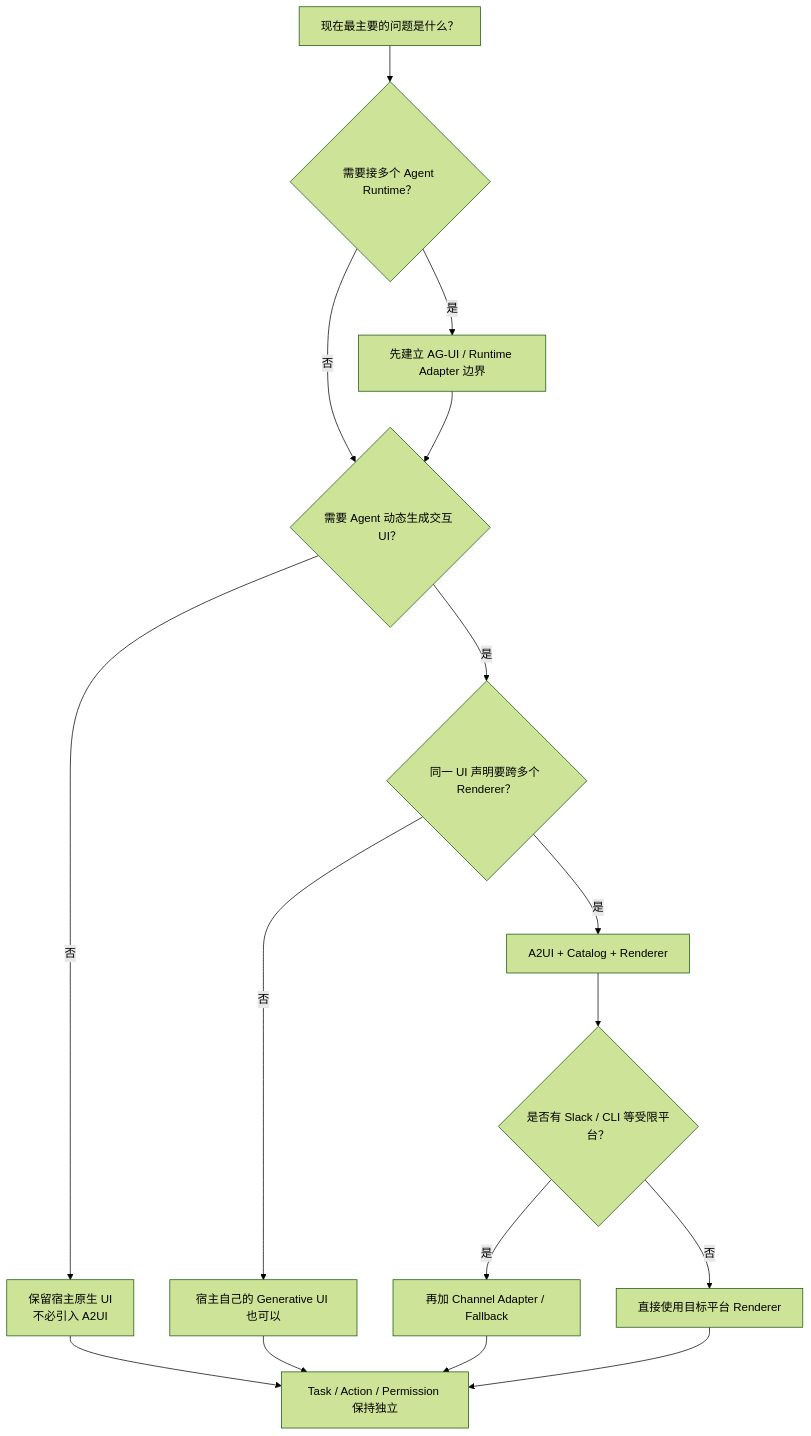
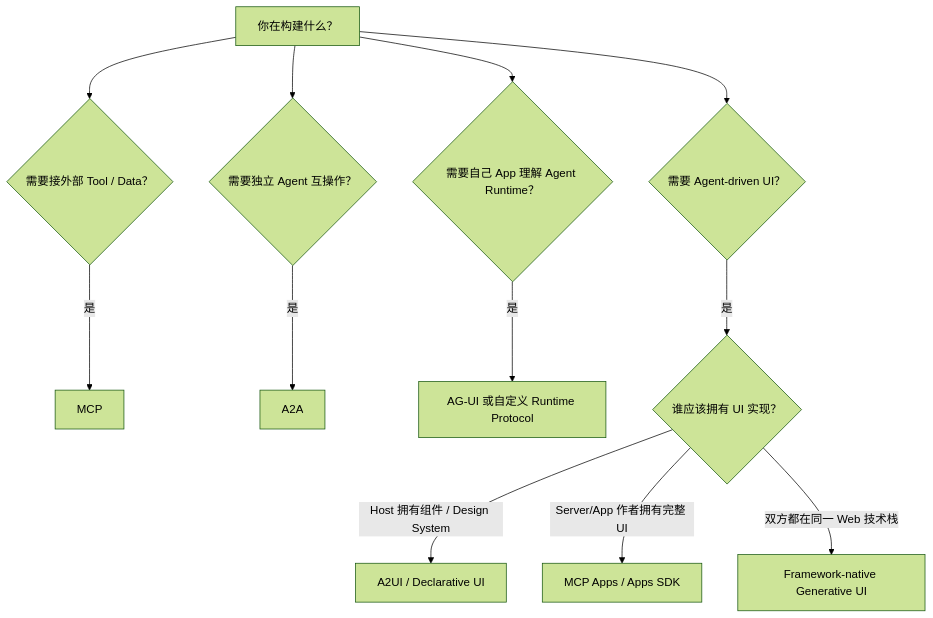
One commit to Nunchakus888/dossierkit changed the sixth of 19 diagrams in profiles/default/content/zh/notes/ag-ui-a2ui-agent-runtime-generative-ui-ai-native.mdx. Above: the diagram before and after it, drawn with Mermaid (forest theme). The commit also changed other lines of this file, not shown here.

Commit message:
Update note: 从聊天框到 AI 原生交互：跨 Agent、跨平台的应用架构

```diff
--- a/profiles/default/content/zh/notes/ag-ui-a2ui-agent-runtime-generative-ui-ai-native.mdx
+++ b/profiles/default/content/zh/notes/ag-ui-a2ui-agent-runtime-generative-ui-ai-native.mdx
@@ -460,23 +305,20 @@
 ~~~mermaid
 flowchart TB
-  A["现在最主要的问题是什么？"]
-  A --> B{"需要接多个 Agent Runtime？"}
-  B -->|是| C["先建立 AG-UI / Runtime Adapter 边界"]
-  B -->|否| D{"需要 Agent 动态生成交互 UI？"}
-  C --> D
+  A["你在构建什么？"]
 
-  D -->|否| E["保留宿主原生 UI\n不必引入 A2UI"]
-  D -->|是| F{"同一 UI 声明要跨多个 Renderer？"}
+  A --> B{"需要接外部 Tool / Data？"}
+  B -->|是| MCP["MCP"]
 
-  F -->|否| G["宿主自己的 Generative UI 也可以"]
-  F -->|是| H["A2UI + Catalog + Renderer"]
+  A --> C{"需要独立 Agent 互操作？"}
+  C -->|是| A2A["A2A"]
 
-  H --> I{"是否有 Slack / CLI 等受限平台？"}
-  I -->|是| J["再加 Channel Adapter / Fallback"]
-  I -->|否| K["直接使用目标平台 Renderer"]
+  A --> D{"需要自己 App 理解 Agent Runtime？"}
+  D -->|是| AG["AG-UI 或自定义 Runtime Protocol"]
 
-  E --> L["Task / Action / Permission 保持独立"]
-  G --> L
-  J --> L
-  K --> L
+  A --> E{"需要 Agent-driven UI？"}
+  E -->|是| F{"谁应该拥有 UI 实现？"}
+
+  F -->|Host 拥有组件 / Design System| A2UI["A2UI / Declarative UI"]
+  F -->|Server/App 作者拥有完整 UI| APPS["MCP Apps / Apps SDK"]
+  F -->|双方都在同一 Web 技术栈| FW["Framework-native Generative UI"]
 ~~~
```
